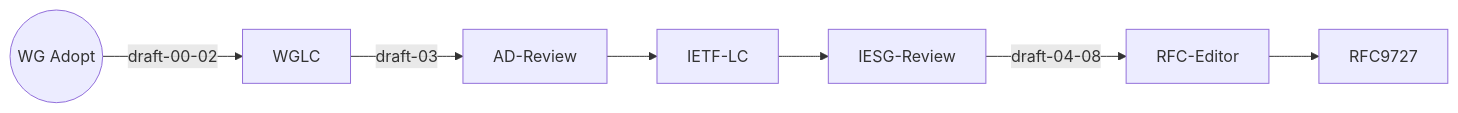
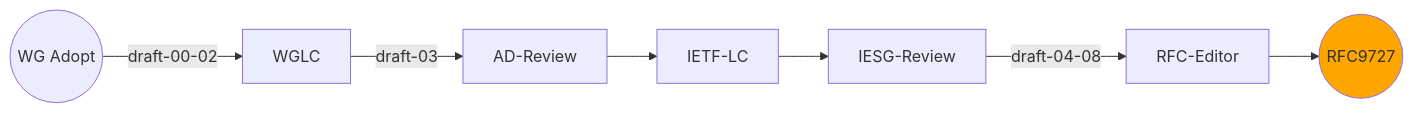
Before and after one commit to ietf-wg-httpapi/ietf-wg-httpapi.github.io: the eighth of 13 diagrams in index.md, drawn with Mermaid.

Commit message:
fixed formatting

````diff
--- a/index.md
+++ b/index.md
@@ -136,15 +136,15 @@
 ```mermaid
 graph LR
     classDef current fill:orange
     classDef lastIETF fill:pink
 
     WG-Adopt((WG Adopt)) --draft-00-02--> WGLC
     WGLC --draft-03--> AD-Review
     AD-Review --> IETF-LC
     IETF-LC --> IESG-Review
     IESG-Review --draft-04-08--> RFC-Editor
-    RFC-Editor --> RFC9727
+    RFC-Editor --> RFC((RFC9727))
 
     class RFC current
 
 ```
````
